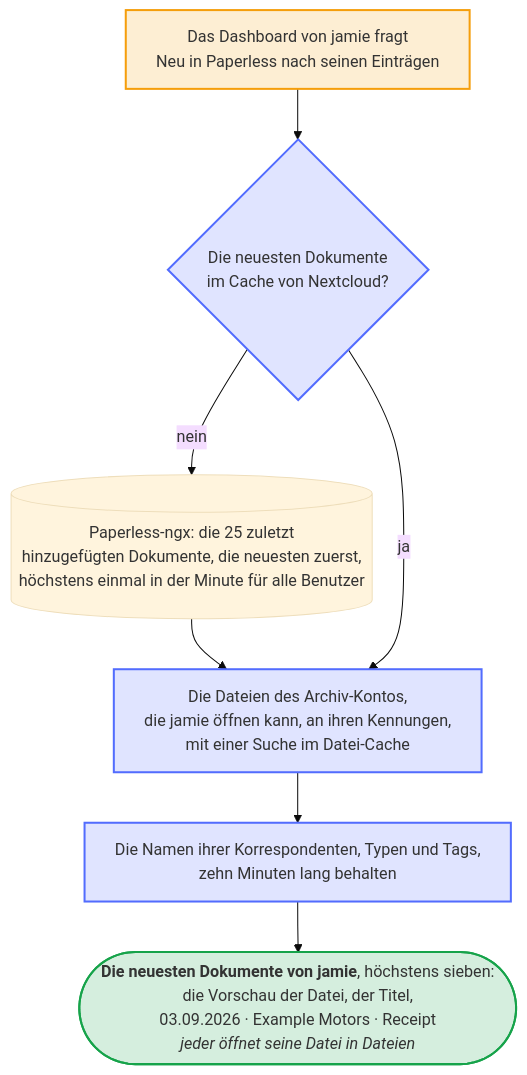
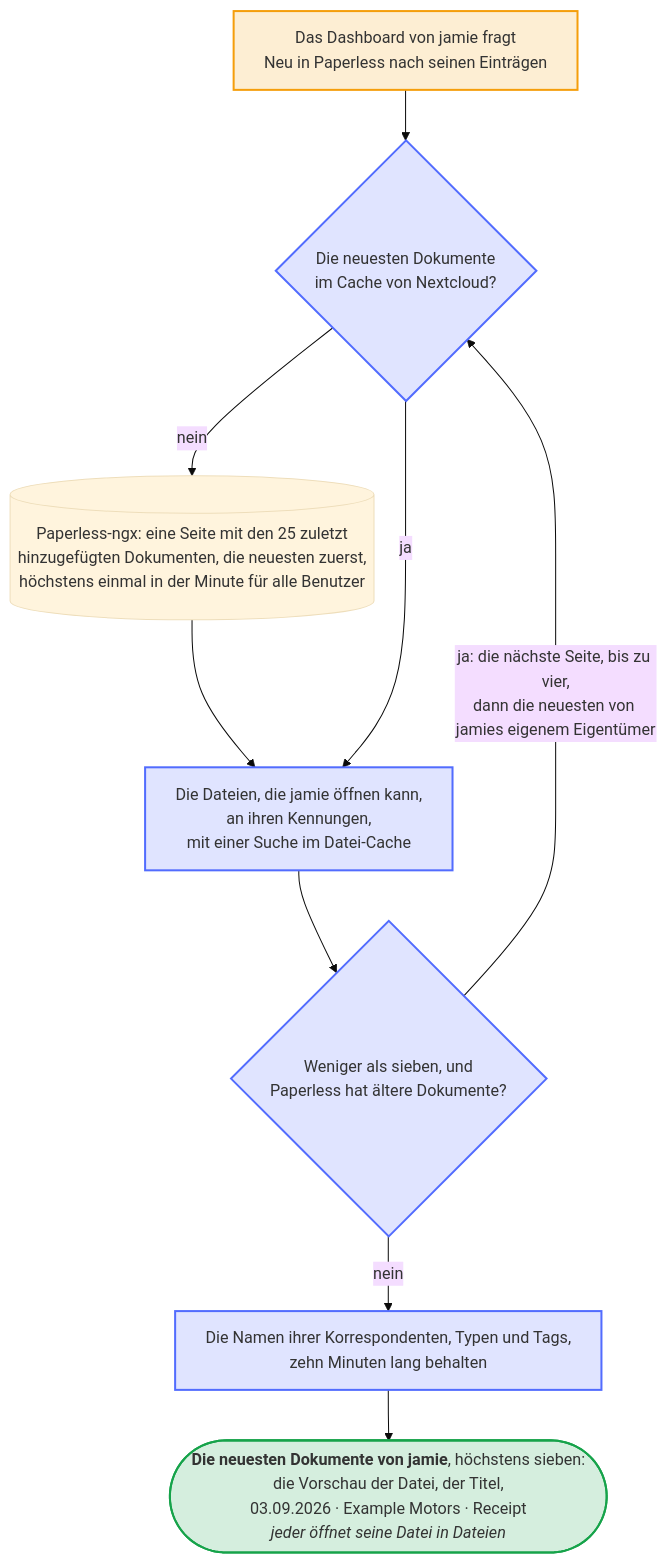
One commit to Dennis-Otto/paperless-unified-search changed the diagram in docs/diagrams/the-newest-documents-on-the-dashboard.de.mmd. Above: the diagram before and after it, drawn with Mermaid (base theme). The commit also changed 26 other files, not shown here.

```diff
--- a/docs/diagrams/the-newest-documents-on-the-dashboard.de.mmd
+++ b/docs/diagrams/the-newest-documents-on-the-dashboard.de.mmd
@@ -1,33 +1,36 @@
 ---
 config:
   flowchart:
     wrappingWidth: 400
     nodeSpacing: 30
 ---
 flowchart TB
     accTitle: Die neuesten Dokumente auf dem Dashboard
-    accDescr: Das Dashboard von jamie fragt das Widget Neu in Paperless nach seinen Einträgen. Die App nimmt die 25 Dokumente, die Paperless-ngx zuletzt hinzugefügt hat, aus dem verteilten Cache von Nextcloud, oder fragt sonst Paperless danach, die neuesten zuerst, und behält sie eine Minute lang für jeden Benutzer, denn jede Anfrage trägt das Token der Einstellungen. Davon sieht jamie die Dokumente, deren Datei des Archiv-Kontos jamie öffnen kann, gefunden an ihren Kennungen mit einer Suche im Datei-Cache, höchstens sieben, mit den Namen ihrer Korrespondenten, Typen und Tags. Jeder Eintrag zeigt die Vorschau seiner Datei, seinen Titel und den Tag, an dem Paperless ihn hinzugefügt hat, seinen Korrespondenten, seinen Typ und bis zu zwei seiner Tags, etwa 03.09.2026 · Example Motors · Receipt · warranty, und öffnet die Datei in Dateien.
+    accDescr: Das Dashboard von jamie fragt das Widget Neu in Paperless nach seinen Einträgen. Die App nimmt eine Seite mit den 25 Dokumenten, die Paperless-ngx zuletzt hinzugefügt hat, aus dem verteilten Cache von Nextcloud, oder fragt sonst Paperless danach, die neuesten zuerst, und behält sie eine Minute lang für jeden Benutzer, denn jede Anfrage trägt das Token der Einstellungen. Davon sieht jamie die Dokumente, deren Datei jamie öffnen kann, gefunden an ihren Kennungen mit einer Suche im Datei-Cache. Solange weniger als sieben gefunden sind und Paperless ältere Dokumente hat, nimmt die App ebenso die nächste Seite, bis zu vier Seiten, also die 100 neuesten Dokumente, und dann, wo Paperless Sync jedem Eigentümer ein Archiv gibt, die 25 neuesten Dokumente von jamies eigenem Benutzer in Paperless. jamie sieht höchstens sieben, mit den Namen ihrer Korrespondenten, Typen und Tags. Jeder Eintrag zeigt die Vorschau seiner Datei, seinen Titel und den Tag, an dem Paperless ihn hinzugefügt hat, seinen Korrespondenten, seinen Typ und bis zu zwei seiner Tags, etwa 03.09.2026 · Example Motors · Receipt · warranty, und öffnet die Datei in Dateien.
 
     dashboard["Das Dashboard von jamie fragt<br>Neu in Paperless nach seinen Einträgen"]
     cache{"Die neuesten Dokumente<br>im Cache von Nextcloud?"}
-    paperless[("Paperless-ngx: die 25 zuletzt<br>hinzugefügten Dokumente, die neuesten zuerst,<br>höchstens einmal in der Minute für alle Benutzer")]
-    files["Die Dateien des Archiv-Kontos,<br>die jamie öffnen kann, an ihren Kennungen,<br>mit einer Suche im Datei-Cache"]
+    paperless[("Paperless-ngx: eine Seite mit den 25 zuletzt<br>hinzugefügten Dokumenten, die neuesten zuerst,<br>höchstens einmal in der Minute für alle Benutzer")]
+    files["Die Dateien, die jamie öffnen kann,<br>an ihren Kennungen,<br>mit einer Suche im Datei-Cache"]
+    more{"Weniger als sieben, und<br>Paperless hat ältere Dokumente?"}
     names["Die Namen ihrer Korrespondenten, Typen und Tags,<br>zehn Minuten lang behalten"]
     widget(["`**Die neuesten Dokumente von jamie**, höchstens sieben:
     die Vorschau der Datei, der Titel,
     03.09.2026 · Example Motors · Receipt
     *jeder öffnet seine Datei in Dateien*`"])
 
     dashboard --> cache
     cache -- "nein" --> paperless
     paperless --> files
     cache -- "ja" --> files
-    files --> names
+    files --> more
+    more -- "ja: die nächste Seite, bis zu vier,<br>dann die neuesten von jamies eigenem Eigentümer" --> cache
+    more -- "nein" --> names
     names --> widget
 
     classDef you fill:#f59e0b2e,stroke:#f59e0b,stroke-width:2px
     classDef app fill:#526cfe2e,stroke:#526cfe,stroke-width:2px
     classDef yes fill:#16a34a2e,stroke:#16a34a,stroke-width:2px
     class dashboard you
-    class cache,files,names app
+    class cache,files,more,names app
     class widget yes
```
